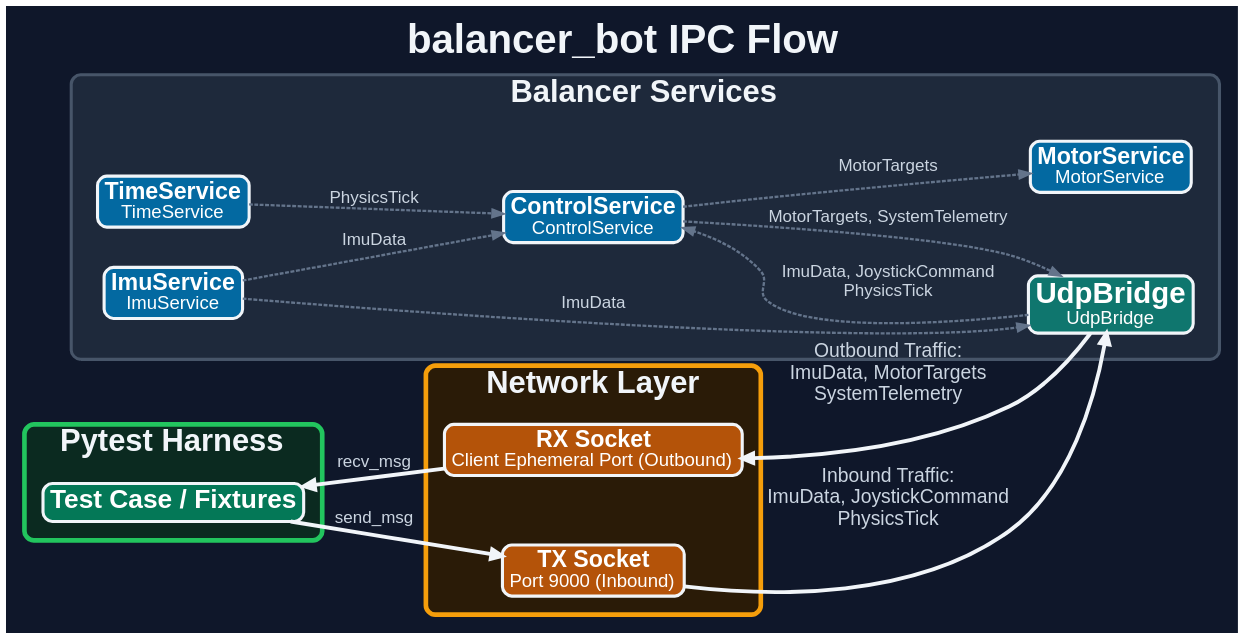
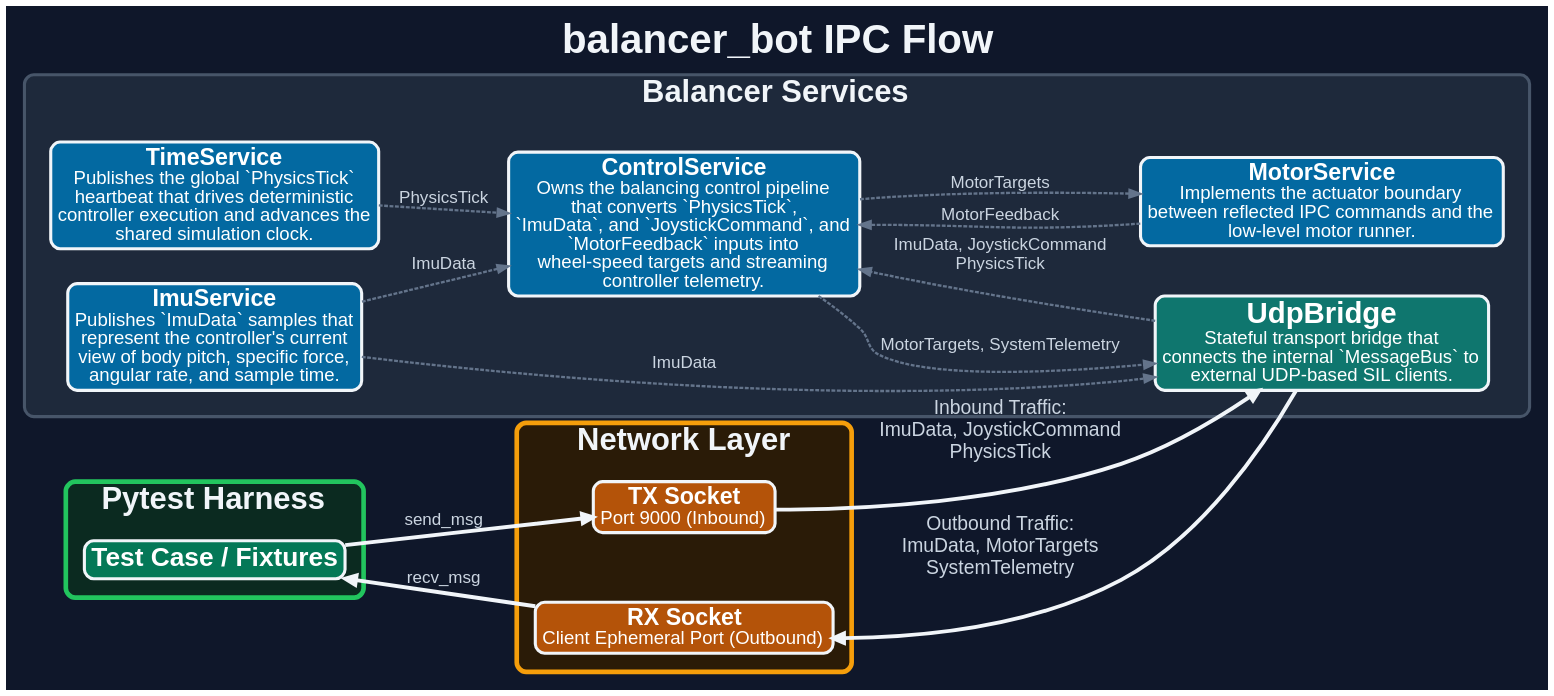
The diagram in doc/ipc/ipc_flow.dot (AxelBjork/balancer_bot), drawn with Graphviz before and after one commit. The commit also changed 28 other files, not shown here.

```diff
--- a/doc/ipc/ipc_flow.dot
+++ b/doc/ipc/ipc_flow.dot
@@ -1,91 +1,92 @@
 digraph IPC {
   rankdir=LR;
   bgcolor="#0F172A";
   pad=0.22;
   nodesep=0.62;
   ranksep=0.70;
   splines=spline;
   remincross=true;
 
   fontname="Helvetica,Arial,sans-serif";
   fontsize=52;
   fontcolor="#F1F5F9";
   label=<<B>balancer_bot IPC Flow</B>>;
   labelloc="t";
 
   node [fontname="Helvetica,Arial,sans-serif", shape=rect, style="filled,rounded", fixedsize=false, margin="0.12,0.08", fontsize=28, fontcolor="#FFFFFF", penwidth=4, color="#F1F5F9"];
 
   edge [fontname="Helvetica,Arial,sans-serif", fontsize=22, fontcolor="#CBD5E1", color="#64748B", penwidth=3.0, arrowsize=1.4, labelfloat=false, labeldistance=0.8, labelangle=10];
 
   subgraph cluster_sim {
     label=<<B><FONT POINT-SIZE="40">Balancer Services</FONT></B>>;
     fontcolor="#F1F5F9";
     style="rounded,filled";
     color="#475569";
     penwidth=4;
     fillcolor="#1E293B";
     margin=34;
     ImuService [
       fillcolor="#0369A1",
-      label=<<B><FONT POINT-SIZE="30">ImuService</FONT></B><BR/><FONT POINT-SIZE="24">ImuService</FONT>>
+      label=<<B><FONT POINT-SIZE="30">ImuService</FONT></B><BR/><FONT POINT-SIZE="24">Publishes `ImuData` samples that<BR/>represent the controller&apos;s current<BR/>view of body pitch, specific force,<BR/>angular rate, and sample time.</FONT>>
     ];
     TimeService [
       fillcolor="#0369A1",
-      label=<<B><FONT POINT-SIZE="30">TimeService</FONT></B><BR/><FONT POINT-SIZE="24">TimeService</FONT>>
+      label=<<B><FONT POINT-SIZE="30">TimeService</FONT></B><BR/><FONT POINT-SIZE="24">Publishes the global `PhysicsTick`<BR/>heartbeat that drives deterministic<BR/>controller execution and advances the<BR/>shared simulation clock.</FONT>>
     ];
     ControlService [
       fillcolor="#0369A1",
-      label=<<B><FONT POINT-SIZE="30">ControlService</FONT></B><BR/><FONT POINT-SIZE="24">ControlService</FONT>>
+      label=<<B><FONT POINT-SIZE="30">ControlService</FONT></B><BR/><FONT POINT-SIZE="24">Owns the balancing control pipeline<BR/>that converts `PhysicsTick`,<BR/>`ImuData`, and `JoystickCommand`, and<BR/>`MotorFeedback` inputs into<BR/>wheel-speed targets and streaming<BR/>controller telemetry.</FONT>>
     ];
     MotorService [
       fillcolor="#0369A1",
-      label=<<B><FONT POINT-SIZE="30">MotorService</FONT></B><BR/><FONT POINT-SIZE="24">MotorService</FONT>>
+      label=<<B><FONT POINT-SIZE="30">MotorService</FONT></B><BR/><FONT POINT-SIZE="24">Implements the actuator boundary<BR/>between reflected IPC commands and the<BR/>low-level motor runner.</FONT>>
     ];
     UdpBridge [
       fillcolor="#0F766E",
-      label=<<B><FONT POINT-SIZE="38">UdpBridge</FONT></B><BR/><FONT POINT-SIZE="24">UdpBridge</FONT>>
+      label=<<B><FONT POINT-SIZE="38">UdpBridge</FONT></B><BR/><FONT POINT-SIZE="24">Stateful transport bridge that<BR/>connects the internal `MessageBus` to<BR/>external UDP-based SIL clients.</FONT>>
     ];
   }
 
   subgraph cluster_sockets {
     label=<<B><FONT POINT-SIZE="40">Network Layer</FONT></B>>;
     fontcolor="#F1F5F9";
     style="rounded,filled";
     color="#F59E0B";
     penwidth=6;
     fillcolor="#2A1B07";
     margin=24;
 
     { rank=same; TX; RX; }
 
     TX [fillcolor="#B45309", label=<<B><FONT POINT-SIZE="30">TX Socket</FONT></B><BR/><FONT POINT-SIZE="24">Port 9000 (Inbound)</FONT>>];
     RX [fillcolor="#B45309", label=<<B><FONT POINT-SIZE="30">RX Socket</FONT></B><BR/><FONT POINT-SIZE="24">Client Ephemeral Port (Outbound)</FONT>>];
     TX -> RX [style=invis, weight=50, constraint=false];
   }
 
   subgraph cluster_pytest {
     label=<<B><FONT POINT-SIZE="40">Pytest Harness</FONT></B>>;
     fontcolor="#F1F5F9";
     style="rounded,filled";
     color="#22C55E";
     penwidth=6;
     fillcolor="#0B2A20";
     margin=24;
 
     TestCase [fillcolor="#047857", label=<<B><FONT POINT-SIZE="34">Test Case / Fixtures</FONT></B>>];
   }
 
   TestCase -> TX [label="send_msg", color="#F1F5F9", penwidth=5];
   TX -> UdpBridge [label="Inbound Traffic:\nImuData, JoystickCommand\nPhysicsTick", color="#F1F5F9", penwidth=5, fontsize=25];
 
   // Internal Service Logic
   ControlService -> MotorService [label="MotorTargets", style=dashed];
   ControlService -> UdpBridge [label="MotorTargets, SystemTelemetry", style=dashed];
   ImuService -> ControlService [label="ImuData", style=dashed];
   ImuService -> UdpBridge [label="ImuData", style=dashed];
+  MotorService -> ControlService [label="MotorFeedback", style=dashed];
   TimeService -> ControlService [label="PhysicsTick", style=dashed];
   UdpBridge -> ControlService [label="ImuData, JoystickCommand\nPhysicsTick", style=dashed];
 
   RX -> UdpBridge [label="Outbound Traffic:\nImuData, MotorTargets\nSystemTelemetry", color="#F1F5F9", penwidth=5, dir=back, fontsize=25, arrowtail=normal];
   TestCase -> RX [label="recv_msg", color="#F1F5F9", penwidth=5, dir=back, arrowtail=normal];
 }
```
